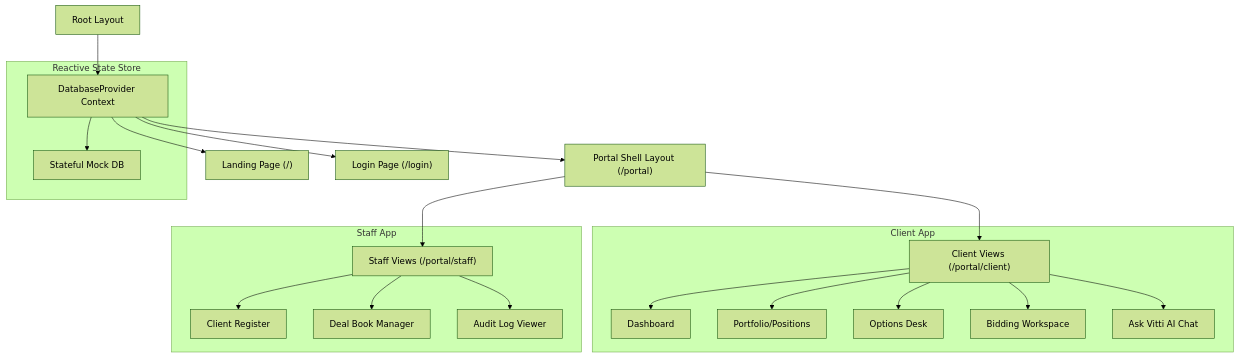
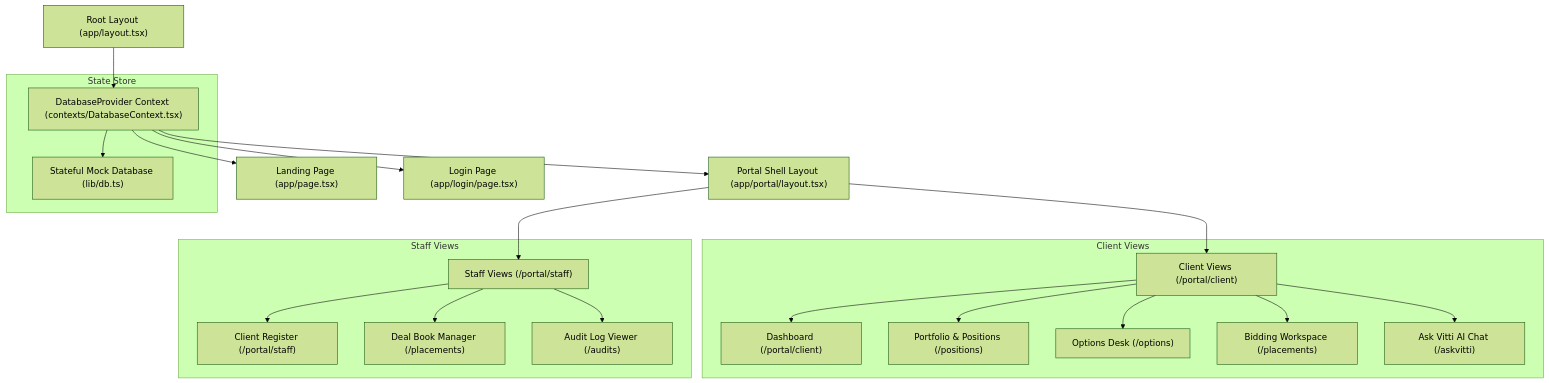
Before and after one commit to Vitti-Capital-Tech/client-dashboard: the diagram in docs/HLD.md, drawn with Mermaid (forest theme). The commit also changed 1 other file, not shown here.

Commit message:
Updated the docs file

````diff
--- a/docs/HLD.md
+++ b/docs/HLD.md
@@ -15,27 +15,28 @@
 ```mermaid
 graph TD
-    A["Root Layout"] --> B["DatabaseProvider Context"]
-    B --> C["Landing Page (/)"]
-    B --> D["Login Page (/login)"]
-    B --> E["Portal Shell Layout (/portal)"]
+    A["Root Layout (app/layout.tsx)"] --> B["DatabaseProvider Context (contexts/DatabaseContext.tsx)"]
+    B --> C["Landing Page (app/page.tsx)"]
+    B --> D["Login Page (app/login/page.tsx)"]
+    B --> E["Portal Shell Layout (app/portal/layout.tsx)"]
+    
     E --> F["Client Views (/portal/client)"]
     E --> G["Staff Views (/portal/staff)"]
     
-    subgraph "Reactive State Store"
-        B --> DB["Stateful Mock DB"]
+    subgraph "State Store"
+        B --> DB["Stateful Mock Database (lib/db.ts)"]
     end
     
-    subgraph "Client App"
-        F --> F1["Dashboard"]
-        F --> F2["Portfolio/Positions"]
-        F --> F3["Options Desk"]
-        F --> F4["Bidding Workspace"]
-        F --> F5["Ask Vitti AI Chat"]
+    subgraph "Client Views"
+        F --> F1["Dashboard (/portal/client)"]
+        F --> F2["Portfolio & Positions (/positions)"]
+        F --> F3["Options Desk (/options)"]
+        F --> F4["Bidding Workspace (/placements)"]
+        F --> F5["Ask Vitti AI Chat (/askvitti)"]
     end
     
-    subgraph "Staff App"
-        G --> G1["Client Register"]
-        G --> G2["Deal Book Manager"]
-        G --> G3["Audit Log Viewer"]
+    subgraph "Staff Views"
+        G --> G1["Client Register (/portal/staff)"]
+        G --> G2["Deal Book Manager (/placements)"]
+        G --> G3["Audit Log Viewer (/audits)"]
     end
 ```
````
